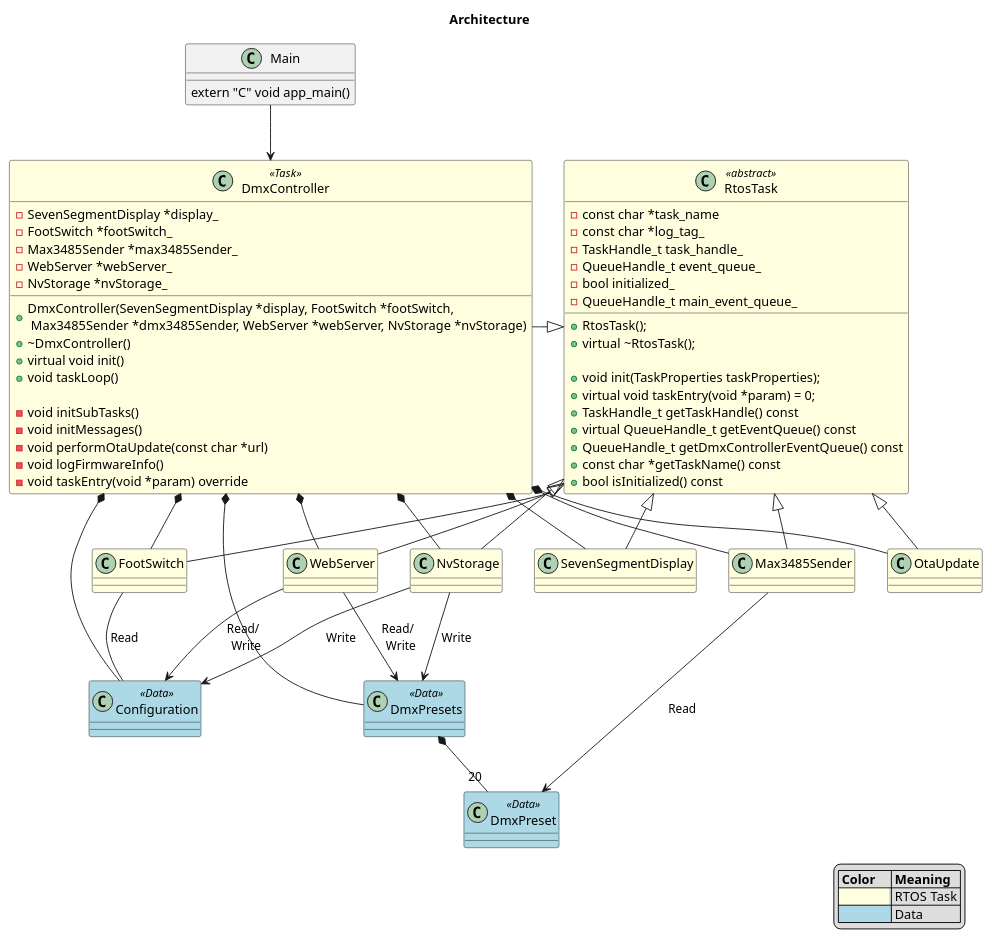
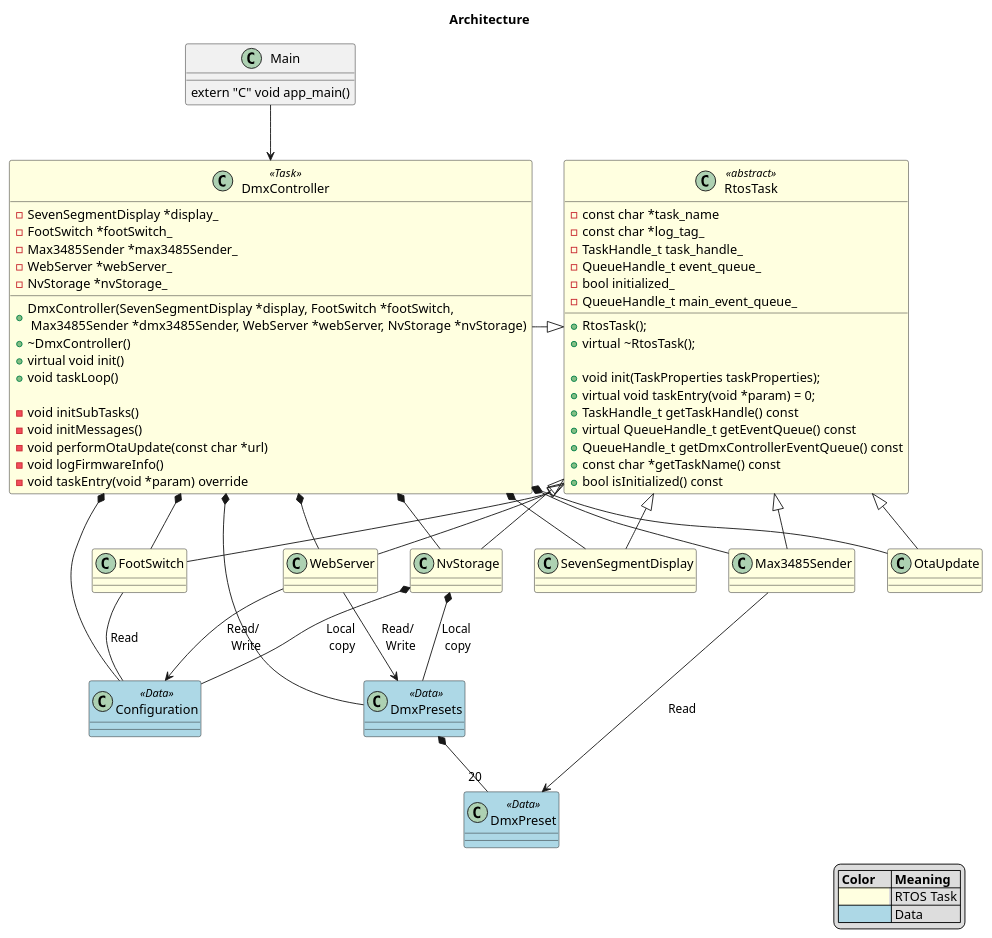
The first of 10 diagrams in Documentation/software_design.puml (michelkeijzers/Esp32DmxController), drawn with PlantUML before and after one commit. The commit also changed other lines of this file and 21 other files, not shown here.

```diff
--- a/Documentation/software_design.puml
+++ b/Documentation/software_design.puml
@@ -1,113 +1,113 @@
 @startuml
 title Architecture
 
 legend right
     |= Color |= Meaning |
     |<back:LightYellow>               | RTOS Task |
     |<back:LightBlue>                | Data |
 endlegend
 
 class Main  
 {
     extern "C" void app_main()
 }
 
 class RtosTask <<abstract>> #lightYellow 
 {
     +RtosTask();
     +virtual ~RtosTask();
 
     +void init(TaskProperties taskProperties);
     +virtual void taskEntry(void *param) = 0;
     +TaskHandle_t getTaskHandle() const
     +virtual QueueHandle_t getEventQueue() const
     +QueueHandle_t getDmxControllerEventQueue() const
     +const char *getTaskName() const
     +bool isInitialized() const
 
     -const char *task_name
     -const char *log_tag_
     -TaskHandle_t task_handle_
     -QueueHandle_t event_queue_
     -bool initialized_
     -QueueHandle_t main_event_queue_
 }
 
 class DmxController <<Task>> #LightYellow
 {
     +DmxController(SevenSegmentDisplay *display, FootSwitch *footSwitch, \n Max3485Sender *dmx3485Sender, WebServer *webServer, NvStorage *nvStorage)
     +~DmxController()
     +virtual void init()
     +void taskLoop()
 
     -void initSubTasks()
     -void initMessages()
     -void performOtaUpdate(const char *url)
     -void logFirmwareInfo()
 
     -SevenSegmentDisplay *display_
     -FootSwitch *footSwitch_
     -Max3485Sender *max3485Sender_
     -WebServer *webServer_
     -NvStorage *nvStorage_
     
     -void taskEntry(void *param) override
 }
 
 Main -d-> DmxController
 DmxController -|> RtosTask
 
 class NvStorage #lightYellow {}
 DmxController *-- NvStorage
 NvStorage -u-|> RtosTask
 
 class Max3485Sender #lightYellow {}
 DmxController *- Max3485Sender
 Max3485Sender -u-|> RtosTask
 
 class FootSwitch #lightYellow {}
 DmxController *-- FootSwitch
 FootSwitch -u-|> RtosTask
 
 class SevenSegmentDisplay #lightYellow {}
 DmxController *-- SevenSegmentDisplay
 SevenSegmentDisplay -u-|> RtosTask
 
 class OtaUpdate #lightYellow {}
 DmxController *-- OtaUpdate
 OtaUpdate -u-|> RtosTask
 
 class WebServer #lightYellow {}
 DmxController *-- WebServer
 WebServer -u-|> RtosTask
 
 'class OscHandler <<RtosTask>> #lightYellow {}
 'DmxController *-- OscHandler
 
 'class ArtNetSender <<RtosTask>> #lightYellow {}
 'DmxController *-- ArtNetSender
 'ArtNetSender --> DmxPreset : Read
 
 class DmxPresets <<Data>> #lightBlue {}
 DmxController *-- DmxPresets
 
 class DmxPreset <<Data>> #lightBlue {}
 DmxPresets *--"20" DmxPreset
 
 class Configuration <<Data>> #lightBlue {}
 DmxController *-- Configuration
 
-NvStorage --> DmxPresets : Write
-NvStorage --> Configuration : Write
+NvStorage *-- DmxPresets : Local\n copy
+NvStorage *-- Configuration : Local\n copy
 
 'class OscConfiguration <<Data>> #grey {}
 'Configuration *-- OscConfiguration
 'OscHandler -- OscConfiguration : Read
 
 FootSwitch -- Configuration : Read
 
 WebServer --> DmxPresets : Read/ \n Write
 WebServer --> Configuration : Read/ \n Write
 
 Max3485Sender --> DmxPreset : Read
 @enduml 
```
